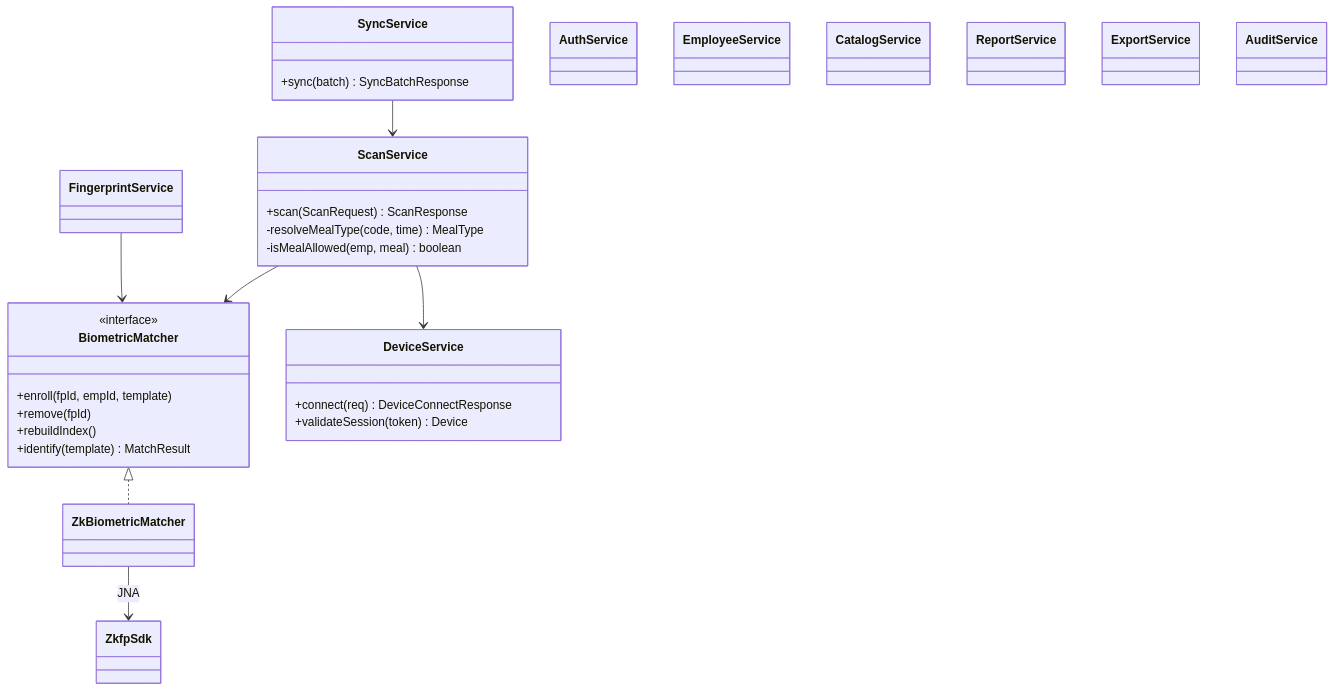
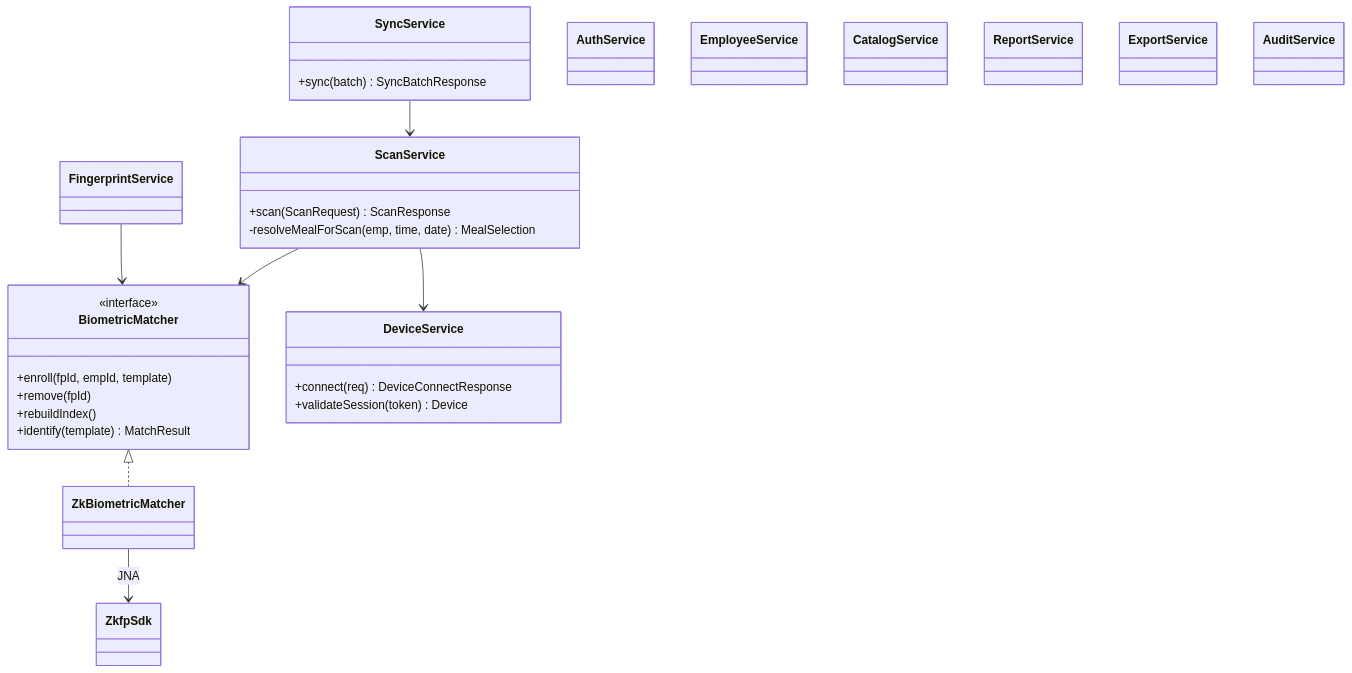
One commit to sampedro2002/proyectoFinal changed the second of 2 diagrams in docs/ARQUITECTURA.md. Above: the diagram before and after it, drawn with Mermaid. The commit also changed other lines of this file and 57 other files, not shown here.

````diff
--- a/docs/ARQUITECTURA.md
+++ b/docs/ARQUITECTURA.md
@@ -126,37 +136,36 @@
 ```mermaid
 classDiagram
     class ScanService {
         +scan(ScanRequest) ScanResponse
-        -resolveMealType(code, time) MealType
-        -isMealAllowed(emp, meal) boolean
+        -resolveMealForScan(emp, time, date) MealSelection
     }
     class BiometricMatcher {
         <<interface>>
         +enroll(fpId, empId, template)
         +remove(fpId)
         +rebuildIndex()
         +identify(template) MatchResult
     }
     class ZkBiometricMatcher
     class DeviceService {
         +connect(req) DeviceConnectResponse
         +validateSession(token) Device
     }
     class SyncService {
         +sync(batch) SyncBatchResponse
     }
     class AuthService
     class EmployeeService
     class FingerprintService
     class CatalogService
     class ReportService
     class ExportService
     class AuditService
 
     BiometricMatcher <|.. ZkBiometricMatcher
     ScanService --> BiometricMatcher
     ScanService --> DeviceService
     SyncService --> ScanService
     FingerprintService --> BiometricMatcher
     ZkBiometricMatcher --> ZkfpSdk : JNA
 ```
````
